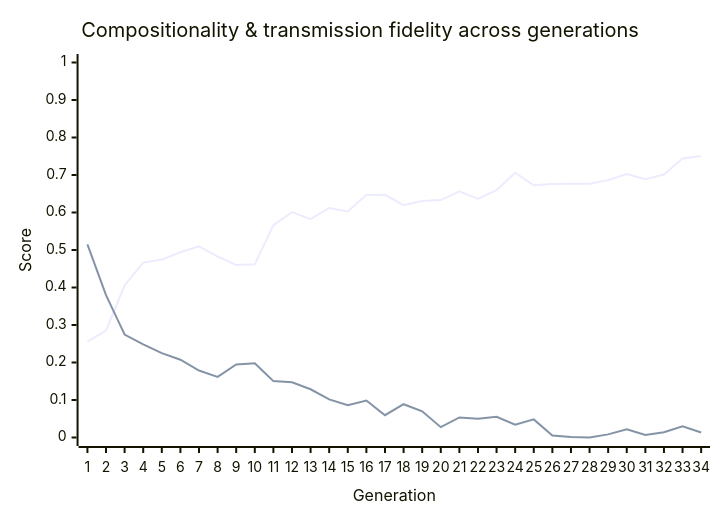
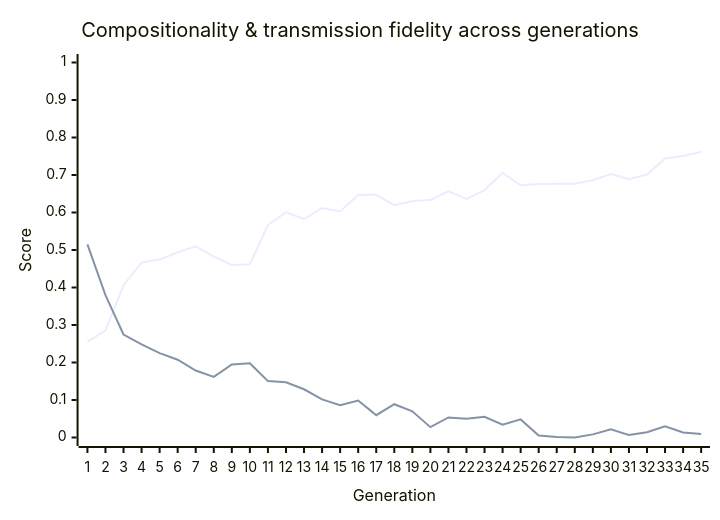
The diagram in metrics/latest-report.md (nichobbs/traditio), drawn with Mermaid before and after one commit. The commit also changed other lines of this file and 1 other file, not shown here.

````diff
--- a/metrics/latest-report.md
+++ b/metrics/latest-report.md
@@ -40,8 +40,8 @@
 ```mermaid
 xychart-beta
     title "Compositionality & transmission fidelity across generations"
-    x-axis "Generation" [1, 2, 3, 4, 5, 6, 7, 8, 9, 10, 11, 12, 13, 14, 15, 16, 17, 18, 19, 20, 21, 22, 23, 24, 25, 26, 27, 28, 29, 30, 31, 32, 33, 34]
+    x-axis "Generation" [1, 2, 3, 4, 5, 6, 7, 8, 9, 10, 11, 12, 13, 14, 15, 16, 17, 18, 19, 20, 21, 22, 23, 24, 25, 26, 27, 28, 29, 30, 31, 32, 33, 34, 35]
     y-axis "Score" 0 --> 1
-    line "Compositionality" [0.2559, 0.2849, 0.4060, 0.4663, 0.4745, 0.4941, 0.5099, 0.4826, 0.4603, 0.4619, 0.5665, 0.6011, 0.5822, 0.6121, 0.6029, 0.6464, 0.6473, 0.6195, 0.6304, 0.6332, 0.6566, 0.6361, 0.6598, 0.7061, 0.6725, 0.6757, 0.6767, 0.6767, 0.6863, 0.7028, 0.6890, 0.7012, 0.7442, 0.7505]
-    line "Transmission Fidelity" [0.5148, 0.3796, 0.2746, 0.2481, 0.2251, 0.2074, 0.1785, 0.1615, 0.1949, 0.1977, 0.1504, 0.1472, 0.1286, 0.1016, 0.0861, 0.0987, 0.0594, 0.0888, 0.0697, 0.0276, 0.0536, 0.0500, 0.0553, 0.0339, 0.0483, 0.0051, 0.0012, 0.0000, 0.0083, 0.0219, 0.0066, 0.0142, 0.0301, 0.0134]
+    line "Compositionality" [0.2559, 0.2849, 0.4060, 0.4663, 0.4745, 0.4941, 0.5099, 0.4826, 0.4603, 0.4619, 0.5665, 0.6011, 0.5822, 0.6121, 0.6029, 0.6464, 0.6473, 0.6195, 0.6304, 0.6332, 0.6566, 0.6361, 0.6598, 0.7061, 0.6725, 0.6757, 0.6767, 0.6767, 0.6863, 0.7028, 0.6890, 0.7012, 0.7442, 0.7505, 0.7619]
+    line "Transmission Fidelity" [0.5148, 0.3796, 0.2746, 0.2481, 0.2251, 0.2074, 0.1785, 0.1615, 0.1949, 0.1977, 0.1504, 0.1472, 0.1286, 0.1016, 0.0861, 0.0987, 0.0594, 0.0888, 0.0697, 0.0276, 0.0536, 0.0500, 0.0553, 0.0339, 0.0483, 0.0051, 0.0012, 0.0000, 0.0083, 0.0219, 0.0066, 0.0142, 0.0301, 0.0134, 0.0092]
 ```
````
